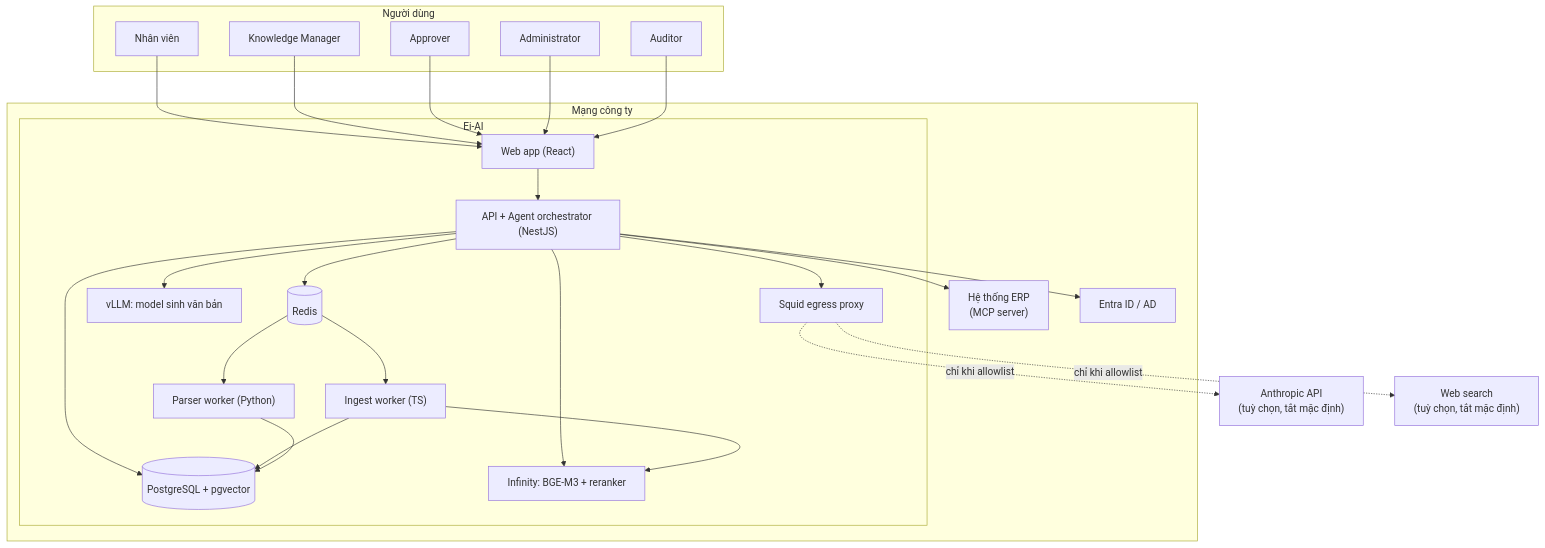
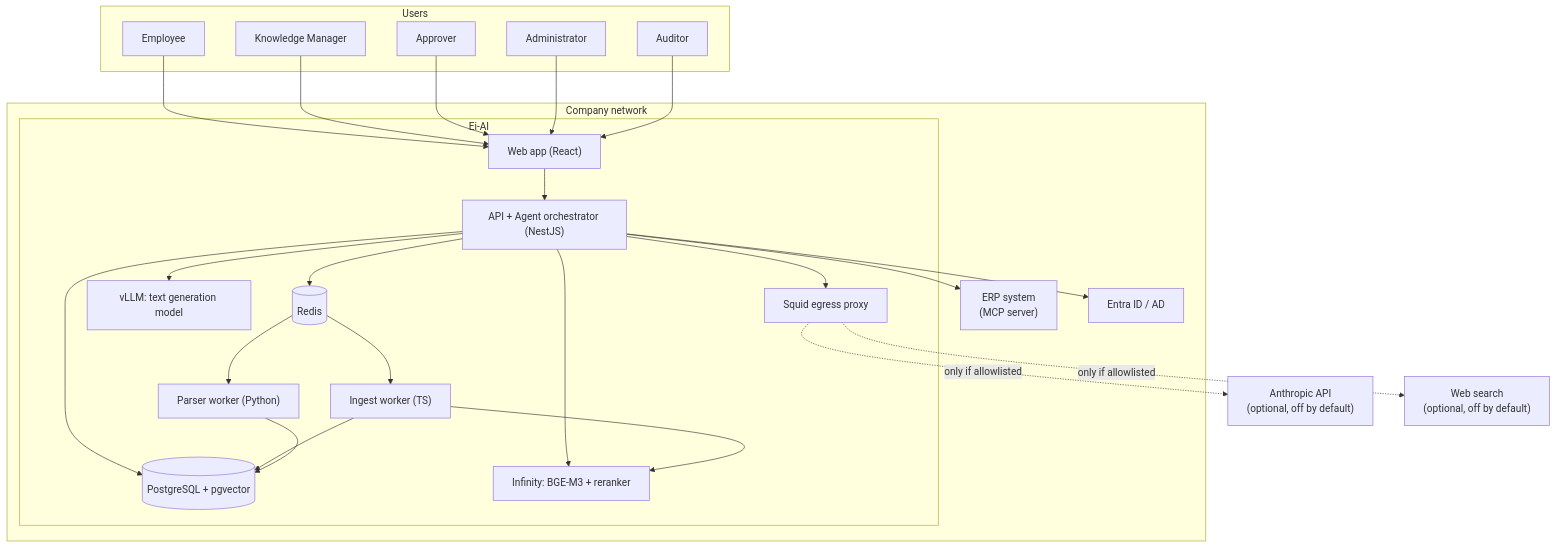
One commit to nguyenchiemhao/Ei-AI changed the fourth of 6 diagrams in docs/design/ei-ai-agentic-knowledge-assistant.md. Above: the diagram before and after it, drawn with Mermaid. The commit also changed other lines of this file and 2 other files, not shown here.

````diff
--- a/docs/design/ei-ai-agentic-knowledge-assistant.md
+++ b/docs/design/ei-ai-agentic-knowledge-assistant.md
@@ -643,50 +643,50 @@
 ```mermaid
 flowchart TB
-    subgraph People["Người dùng"]
-        M["Nhân viên"]
+    subgraph People["Users"]
+        M["Employee"]
         KM["Knowledge Manager"]
         AP["Approver"]
         AD["Administrator"]
         AU["Auditor"]
     end
 
-    subgraph Network["Mạng công ty"]
+    subgraph Network["Company network"]
         subgraph EiAI["Ei-AI"]
             WEB["Web app (React)"]
             API["API + Agent orchestrator (NestJS)"]
             IW["Ingest worker (TS)"]
             PW["Parser worker (Python)"]
             DB[("PostgreSQL + pgvector")]
             RD[("Redis")]
             INF["Infinity: BGE-M3 + reranker"]
-            LLM["vLLM: model sinh văn bản"]
+            LLM["vLLM: text generation model"]
             SQ["Squid egress proxy"]
         end
-        ERP["Hệ thống ERP<br/>(MCP server)"]
+        ERP["ERP system<br/>(MCP server)"]
         IDP["Entra ID / AD"]
     end
 
-    EXT["Anthropic API<br/>(tuỳ chọn, tắt mặc định)"]
-    WS["Web search<br/>(tuỳ chọn, tắt mặc định)"]
+    EXT["Anthropic API<br/>(optional, off by default)"]
+    WS["Web search<br/>(optional, off by default)"]
 
     M --> WEB
     KM --> WEB
     AP --> WEB
     AD --> WEB
     AU --> WEB
     WEB --> API
     API --> DB
     API --> RD
     API --> INF
     API --> LLM
     API --> ERP
     API --> IDP
     API --> SQ
-    SQ -.->|"chỉ khi allowlist"| EXT
-    SQ -.->|"chỉ khi allowlist"| WS
+    SQ -.->|"only if allowlisted"| EXT
+    SQ -.->|"only if allowlisted"| WS
     RD --> IW
     RD --> PW
     IW --> DB
     IW --> INF
     PW --> DB
 ```
````
